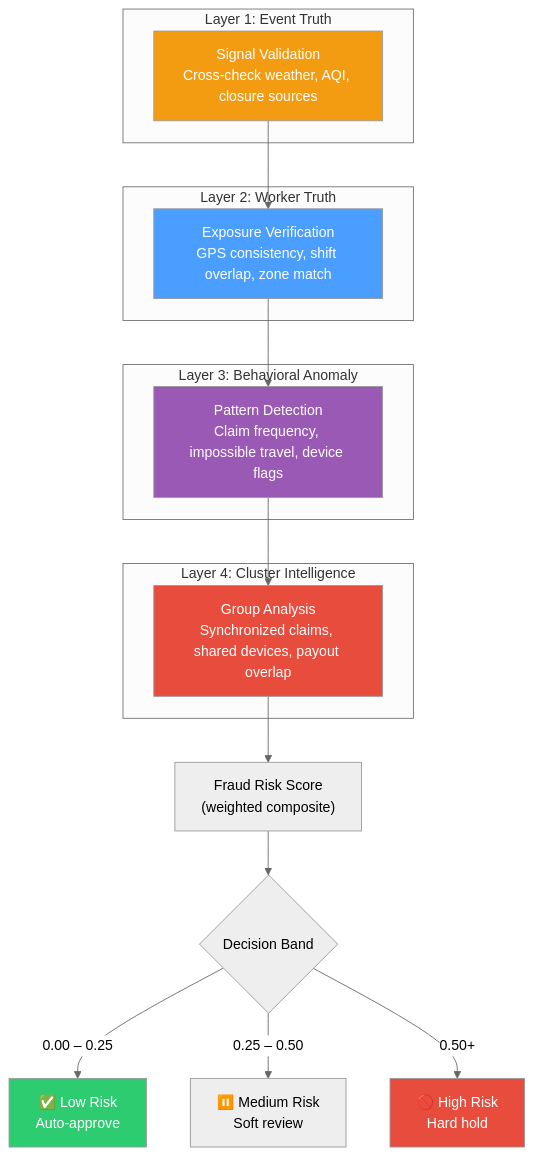
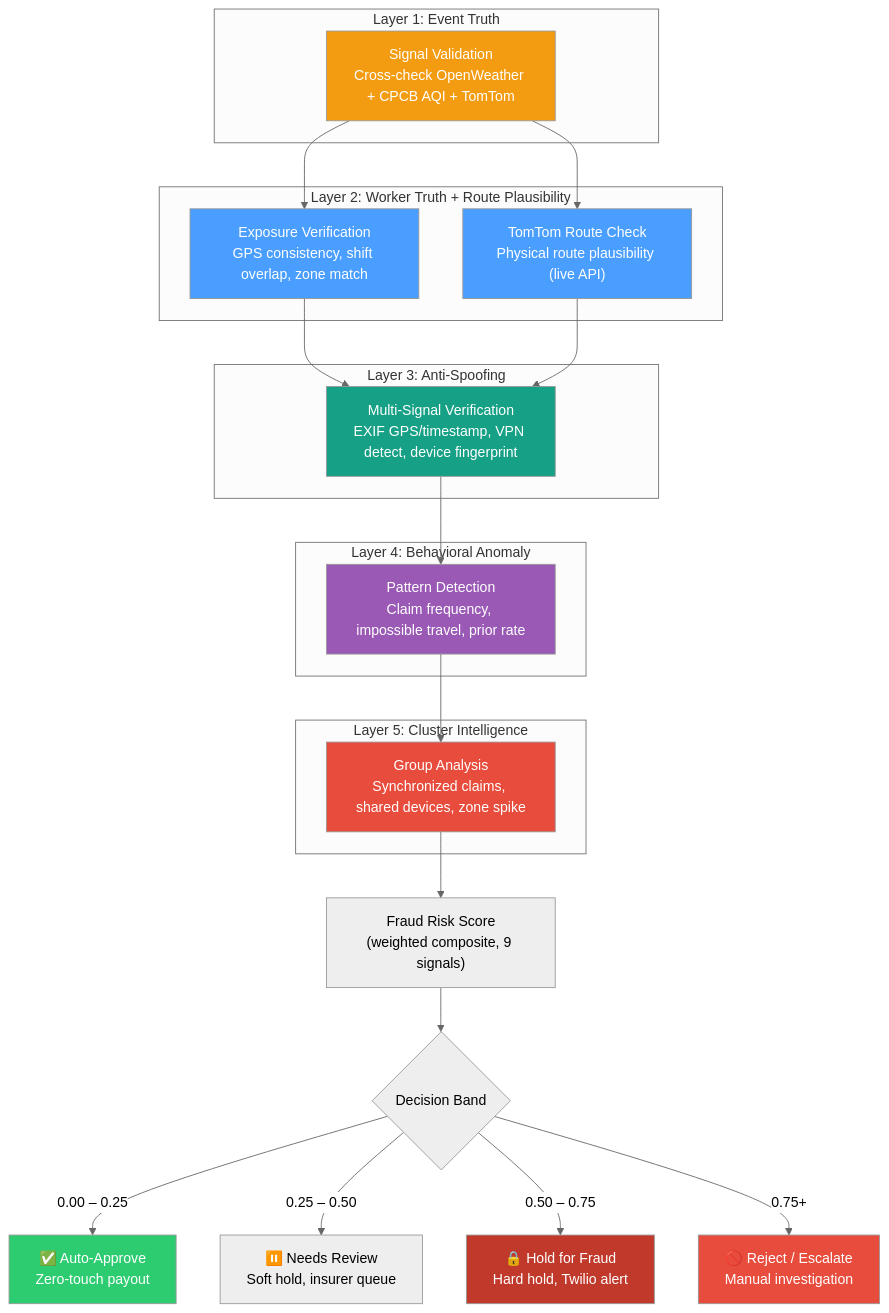
One commit to Chorko/Celestius_Covara_One_P1 changed the diagram in docs/diagrams/fraud-detection-pipeline.mmd. Above: the diagram before and after it, drawn with Mermaid (neutral theme). The commit also changed 55 other files, not shown here.

```diff
--- a/docs/diagrams/fraud-detection-pipeline.mmd
+++ b/docs/diagrams/fraud-detection-pipeline.mmd
@@ -1,36 +1,47 @@
 %% Covara One — Fraud Detection Pipeline (Ghost Shift Detector)
-%% Status: Target architecture (no code implementation exists yet)
-%% Source: fraud/README.md
+%% Status: Production-implemented (5-layer, live TomTom route plausibility)
+%% Updated: 2026-04-03
 
 flowchart TD
     subgraph "Layer 1: Event Truth"
-        L1["Signal Validation<br/>Cross-check weather, AQI, closure sources"]
+        L1["Signal Validation<br/>Cross-check OpenWeather + CPCB AQI + TomTom"]
     end
 
-    subgraph "Layer 2: Worker Truth"
-        L2["Exposure Verification<br/>GPS consistency, shift overlap, zone match"]
+    subgraph "Layer 2: Worker Truth + Route Plausibility"
+        L2A["Exposure Verification<br/>GPS consistency, shift overlap, zone match"]
+        L2B["TomTom Route Check<br/>Physical route plausibility (live API)"]
     end
 
-    subgraph "Layer 3: Behavioral Anomaly"
-        L3["Pattern Detection<br/>Claim frequency, impossible travel, device flags"]
+    subgraph "Layer 3: Anti-Spoofing"
+        L3["Multi-Signal Verification<br/>EXIF GPS/timestamp, VPN detect, device fingerprint"]
     end
 
-    subgraph "Layer 4: Cluster Intelligence"
-        L4["Group Analysis<br/>Synchronized claims, shared devices, payout overlap"]
+    subgraph "Layer 4: Behavioral Anomaly"
+        L4["Pattern Detection<br/>Claim frequency, impossible travel, prior rate"]
     end
 
-    L1 --> L2
-    L2 --> L3
+    subgraph "Layer 5: Cluster Intelligence"
+        L5["Group Analysis<br/>Synchronized claims, shared devices, zone spike"]
+    end
+
+    L1 --> L2A
+    L1 --> L2B
+    L2A & L2B --> L3
     L3 --> L4
-    L4 --> SCORE["Fraud Risk Score<br/>(weighted composite)"]
+    L4 --> L5
+    L5 --> SCORE["Fraud Risk Score<br/>(weighted composite, 9 signals)"]
     SCORE --> BANDS{"Decision Band"}
-    BANDS -->|"0.00 – 0.25"| LOW["✅ Low Risk<br/>Auto-approve"]
-    BANDS -->|"0.25 – 0.50"| MED["⏸️ Medium Risk<br/>Soft review"]
-    BANDS -->|"0.50+"| HIGH["🚫 High Risk<br/>Hard hold"]
+    BANDS -->|"0.00 – 0.25"| LOW["✅ Auto-Approve<br/>Zero-touch payout"]
+    BANDS -->|"0.25 – 0.50"| MED["⏸️ Needs Review<br/>Soft hold, insurer queue"]
+    BANDS -->|"0.50 – 0.75"| HOLD["🔒 Hold for Fraud<br/>Hard hold, Twilio alert"]
+    BANDS -->|"0.75+"| HIGH["🚫 Reject / Escalate<br/>Manual investigation"]
 
     style L1 fill:#f39c12,color:#fff
-    style L2 fill:#4a9eff,color:#fff
-    style L3 fill:#9b59b6,color:#fff
-    style L4 fill:#e74c3c,color:#fff
+    style L2A fill:#4a9eff,color:#fff
+    style L2B fill:#4a9eff,color:#fff
+    style L3 fill:#16a085,color:#fff
+    style L4 fill:#9b59b6,color:#fff
+    style L5 fill:#e74c3c,color:#fff
     style LOW fill:#2ecc71,color:#fff
     style HIGH fill:#e74c3c,color:#fff
+    style HOLD fill:#c0392b,color:#fff
```
